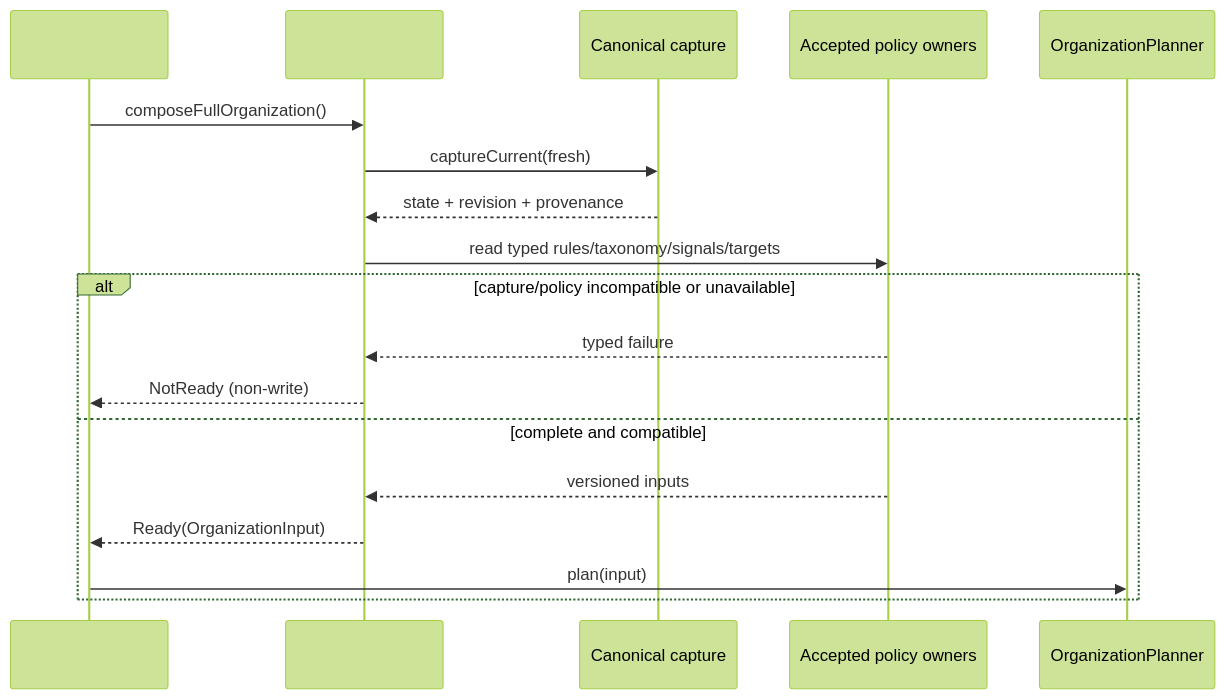
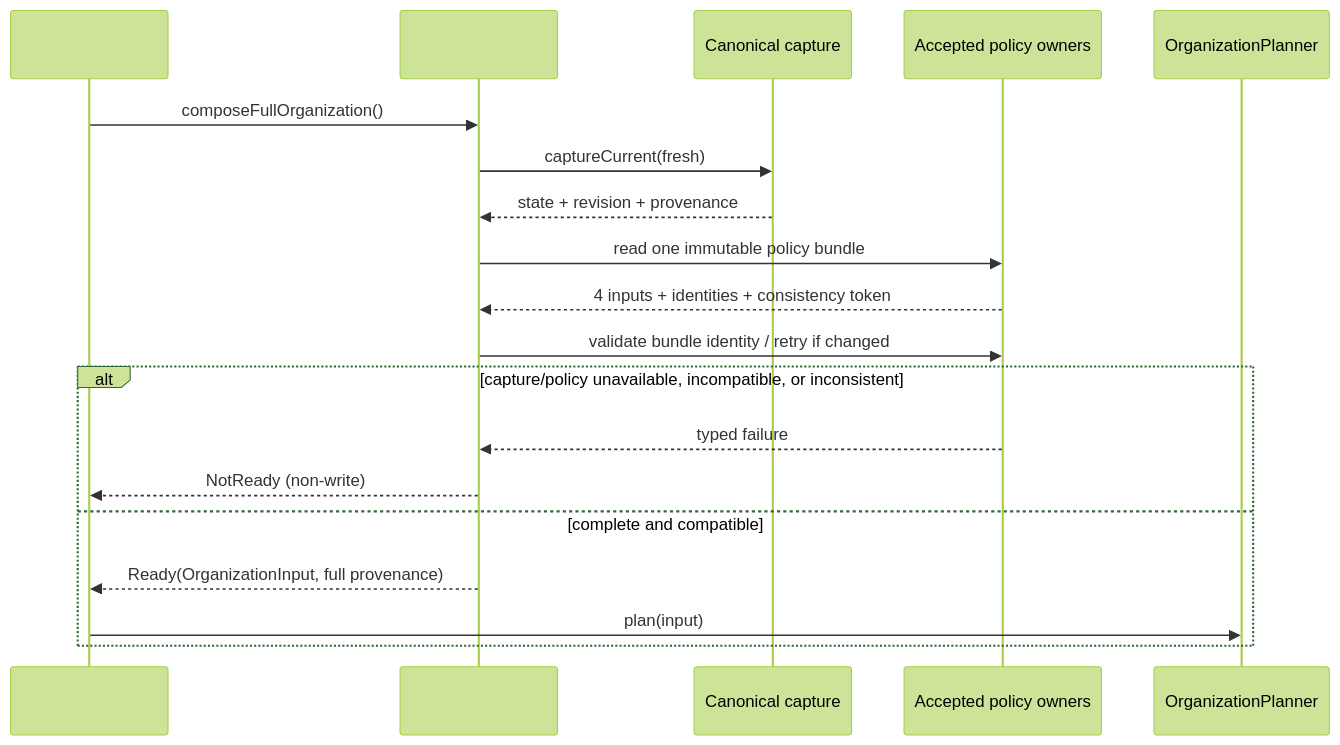
One commit to nunu1733/NunuLauncher changed the diagram in specs/83-production-organization-input-sources/plan-review.md. Above: the diagram before and after it, drawn with Mermaid (forest theme). The commit also changed other lines of this file and 1 other file, not shown here.

````diff
--- a/specs/83-production-organization-input-sources/plan-review.md
+++ b/specs/83-production-organization-input-sources/plan-review.md
@@ -60,21 +61,22 @@
 ```mermaid
 sequenceDiagram
     participant UI as #52 coordinator
     participant Composer as #83 composer
     participant Capture as Canonical capture
     participant Policy as Accepted policy owners
     participant Planner as OrganizationPlanner
 
     UI->>Composer: composeFullOrganization()
     Composer->>Capture: captureCurrent(fresh)
     Capture-->>Composer: state + revision + provenance
-    Composer->>Policy: read typed rules/taxonomy/signals/targets
-    alt capture/policy incompatible or unavailable
+    Composer->>Policy: read one immutable policy bundle
+    Policy-->>Composer: 4 inputs + identities + consistency token
+    Composer->>Policy: validate bundle identity / retry if changed
+    alt capture/policy unavailable, incompatible, or inconsistent
         Policy-->>Composer: typed failure
         Composer-->>UI: NotReady (non-write)
     else complete and compatible
-        Policy-->>Composer: versioned inputs
-        Composer-->>UI: Ready(OrganizationInput)
+        Composer-->>UI: Ready(OrganizationInput, full provenance)
         UI->>Planner: plan(input)
     end
 ```
````
